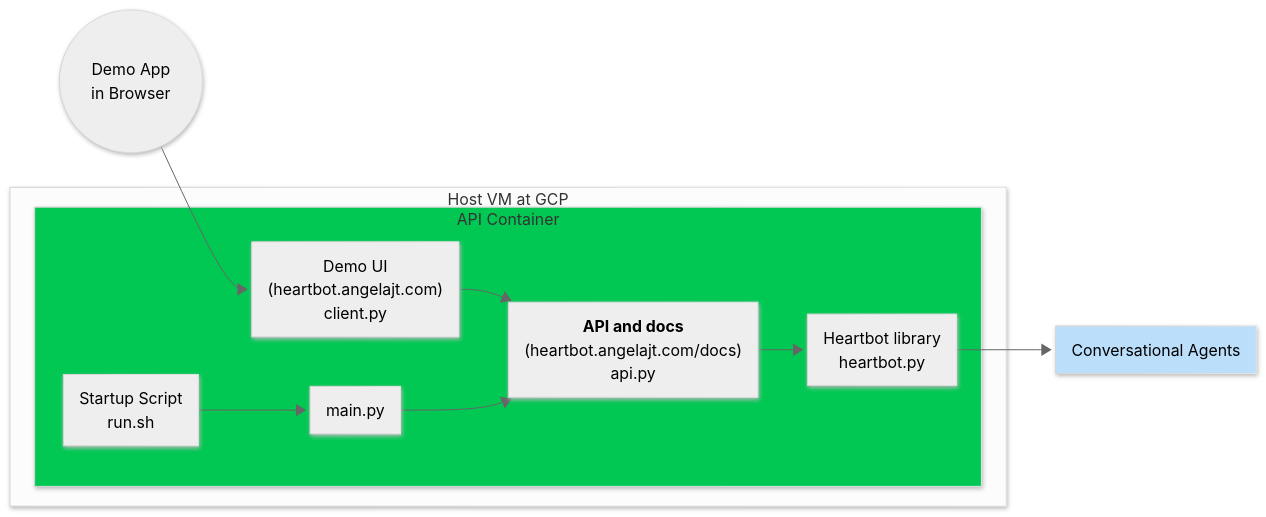
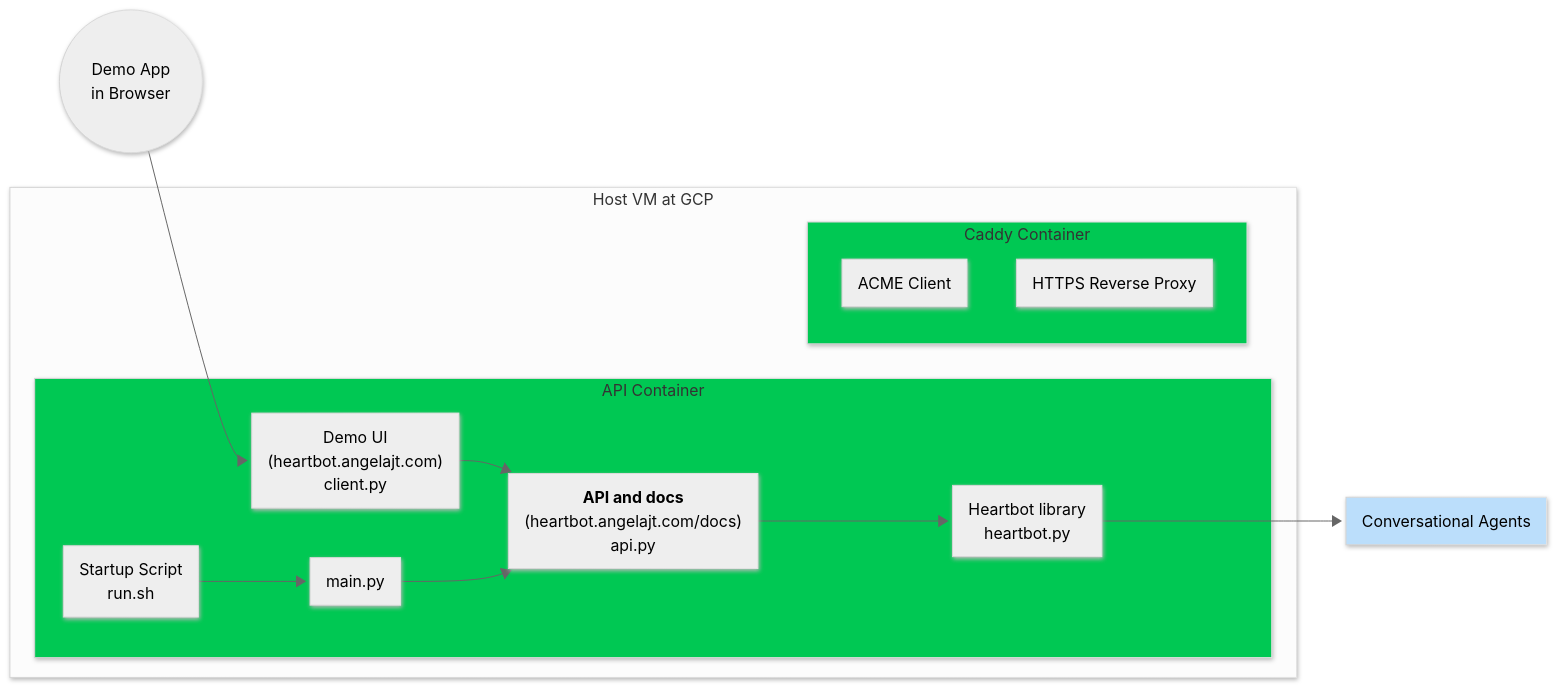
The diagram in README.md (angelajt/heartbot), drawn with Mermaid (neutral theme) before and after one commit. The commit also changed other lines of this file, not shown here.

Commit message:
update README to include caddy container

````diff
--- a/README.md
+++ b/README.md
@@ -3,27 +3,33 @@
 ```mermaid
 ---
 config:
   layout: dagre
   look: neo
 ---
 flowchart LR
  subgraph API_Container["API Container"]
         ui["Demo UI<br>(heartbot.angelajt.com)<br>client.py"]
         api["<b>API and docs</b><br>(heartbot.angelajt.com/docs)<br>api.py"]
         heartbot["Heartbot library<br>heartbot.py"]
         startup["Startup Script<br>run.sh"]
         server["main.py"]
   end
+  subgraph Caddy_Container["Caddy Container"]
+        acme["ACME Client"]
+        proxy["HTTPS Reverse Proxy"]
+  end
  subgraph Host_VM["Host VM at GCP"]
         API_Container
+        Caddy_Container
   end
     browser["Demo App <br>in Browser"] --> ui
     ui --> api
     api --> heartbot
     heartbot --> ca["Conversational Agents"]
     startup --> server
     server --> api
     browser@{shape: circle}
     style API_Container fill:#00C853
+    style Caddy_Container fill:#00C853
     style ca fill:#BBDEFB
 ```
````
